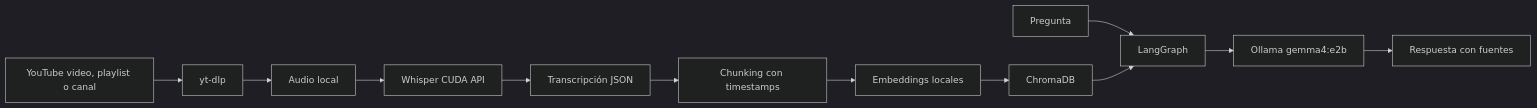
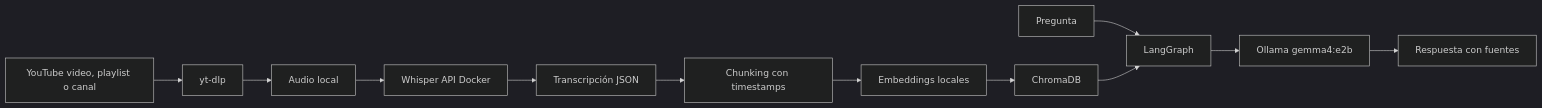
One commit to JotaTerrasa/Youtube-Channel-Local-RAG changed the diagram in README.md. Above: the diagram before and after it, drawn with Mermaid (dark theme). The commit also changed other lines of this file and 9 other files, not shown here.

````diff
--- a/README.md
+++ b/README.md
@@ -175,14 +216,14 @@
 ```mermaid
 flowchart LR
   A["YouTube video, playlist o canal"] --> B["yt-dlp"]
   B --> C["Audio local"]
-  C --> D["Whisper CUDA API"]
+  C --> D["Whisper API Docker"]
   D --> E["Transcripción JSON"]
   E --> F["Chunking con timestamps"]
   F --> G["Embeddings locales"]
   G --> H["ChromaDB"]
   I["Pregunta"] --> J["LangGraph"]
   H --> J
   J --> K["Ollama gemma4:e2b"]
   K --> L["Respuesta con fuentes"]
 ```
````
